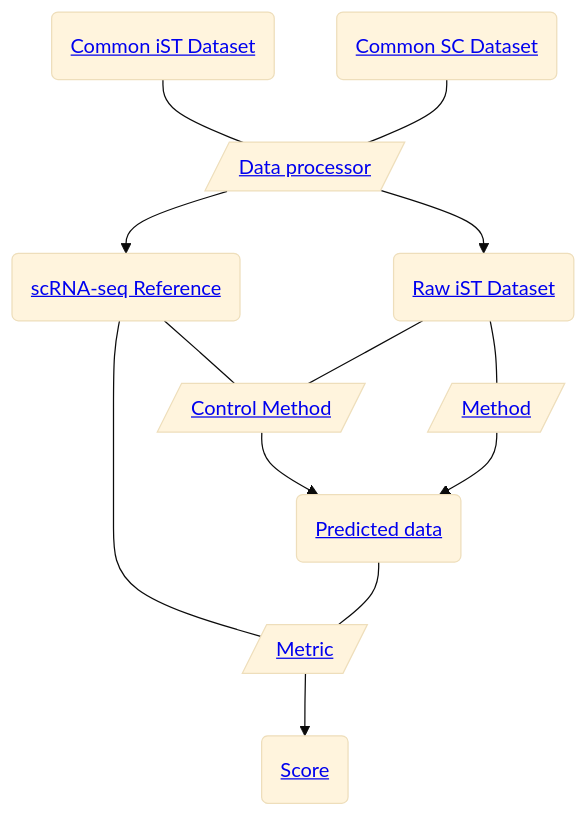
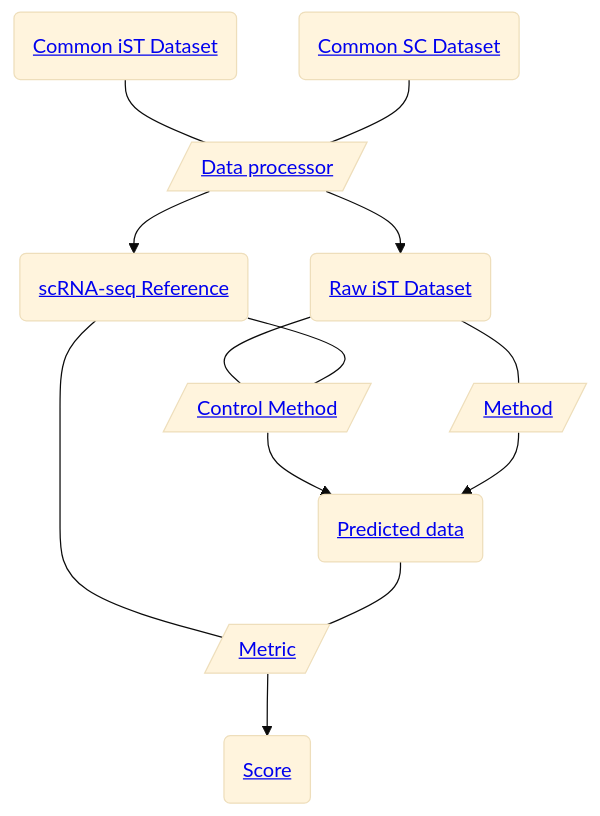
The diagram in README.md (openproblems-bio/task_spatial_segmentation), drawn with Mermaid (base theme) before and after one commit. The commit also changed other lines of this file and 24 other files, not shown here.

````diff
--- a/README.md
+++ b/README.md
@@ -37,25 +37,25 @@
 ``` mermaid
 flowchart TB
   file_common_ist("<a href='https://github.com/openproblems-bio/task_spatial_segmentation#file-format-common-ist-dataset'>Common iST Dataset</a>")
   comp_data_processor[/"<a href='https://github.com/openproblems-bio/task_spatial_segmentation#component-type-data-processor'>Data processor</a>"/]
+  file_spatial_dataset("<a href='https://github.com/openproblems-bio/task_spatial_segmentation#file-format-raw-ist-dataset'>Raw iST Dataset</a>")
   file_scrnaseq_reference("<a href='https://github.com/openproblems-bio/task_spatial_segmentation#file-format-scrna-seq-reference'>scRNA-seq Reference</a>")
-  file_spatial_dataset("<a href='https://github.com/openproblems-bio/task_spatial_segmentation#file-format-raw-ist-dataset'>Raw iST Dataset</a>")
   comp_control_method[/"<a href='https://github.com/openproblems-bio/task_spatial_segmentation#component-type-control-method'>Control Method</a>"/]
+  comp_method[/"<a href='https://github.com/openproblems-bio/task_spatial_segmentation#component-type-method'>Method</a>"/]
   comp_metric[/"<a href='https://github.com/openproblems-bio/task_spatial_segmentation#component-type-metric'>Metric</a>"/]
-  comp_method[/"<a href='https://github.com/openproblems-bio/task_spatial_segmentation#component-type-method'>Method</a>"/]
   file_prediction("<a href='https://github.com/openproblems-bio/task_spatial_segmentation#file-format-predicted-data'>Predicted data</a>")
   file_score("<a href='https://github.com/openproblems-bio/task_spatial_segmentation#file-format-score'>Score</a>")
   file_common_scrnaseq("<a href='https://github.com/openproblems-bio/task_spatial_segmentation#file-format-common-sc-dataset'>Common SC Dataset</a>")
   file_common_ist---comp_data_processor
+  comp_data_processor-->file_spatial_dataset
   comp_data_processor-->file_scrnaseq_reference
-  comp_data_processor-->file_spatial_dataset
+  file_spatial_dataset---comp_control_method
+  file_spatial_dataset---comp_method
   file_scrnaseq_reference---comp_control_method
   file_scrnaseq_reference---comp_metric
-  file_spatial_dataset---comp_control_method
-  file_spatial_dataset---comp_method
   comp_control_method-->file_prediction
+  comp_method-->file_prediction
   comp_metric-->file_score
-  comp_method-->file_prediction
   file_prediction---comp_metric
   file_common_scrnaseq---comp_data_processor
 ```
````
